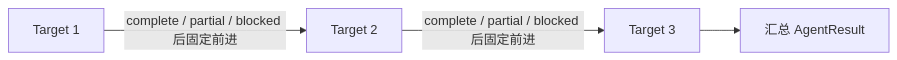
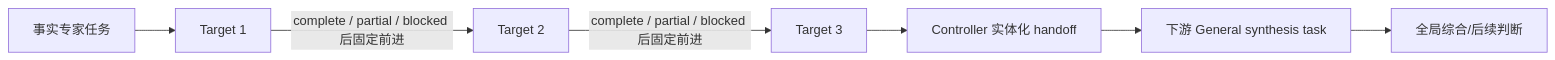
The second of 2 diagrams in README.md (J-Jzf/personal-decision-agent), drawn with Mermaid before and after one commit. The commit also changed other lines of this file and 10 other files, not shown here.

````diff
--- a/README.md
+++ b/README.md
@@ -215,6 +228,9 @@
 ```mermaid
 flowchart LR
-    T1[Target 1] -->|complete / partial / blocked 后固定前进| T2[Target 2]
+    F[事实专家任务] --> T1[Target 1]
+    T1 -->|complete / partial / blocked 后固定前进| T2[Target 2]
     T2 -->|complete / partial / blocked 后固定前进| T3[Target 3]
-    T3 --> R[汇总 AgentResult]
+    T3 --> H[Controller 实体化 handoff]
+    H --> G[下游 General synthesis task]
+    G --> R[全局综合/后续判断]
 ```
````
